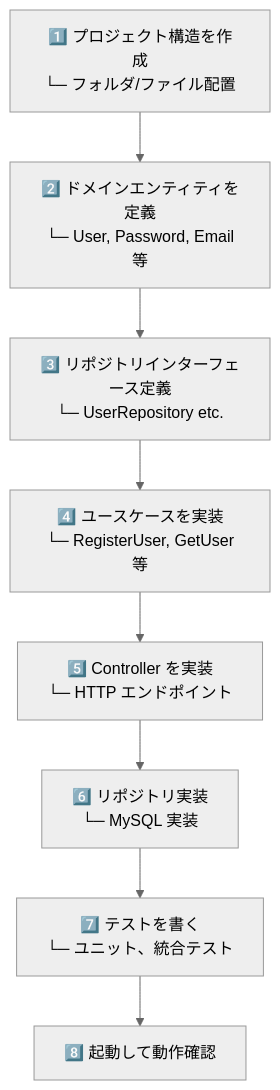
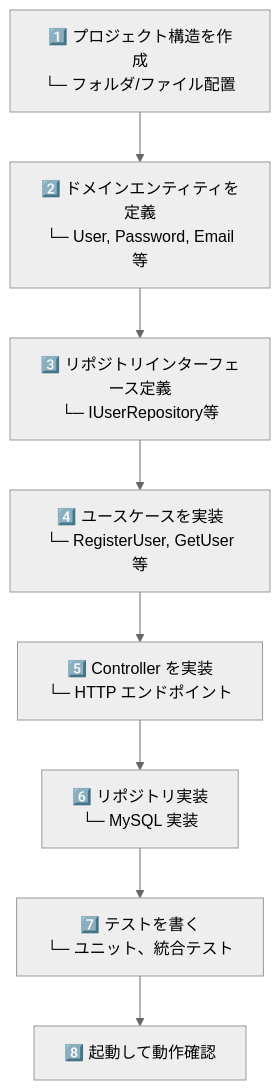
Before and after one commit to duwenji/clean-architecture: the third of 3 diagrams in docs/05-implementation-guide/README.md, drawn with Mermaid (neutral theme). The commit also changed other lines of this file and 3 other files, not shown here.

````diff
--- a/docs/05-implementation-guide/README.md
+++ b/docs/05-implementation-guide/README.md
@@ -121,10 +121,10 @@
 ```mermaid
 flowchart TD
     A["1️⃣ プロジェクト構造を作成<br/>└─ フォルダ/ファイル配置"] --> B["2️⃣ ドメインエンティティを定義<br/>└─ User, Password, Email等"]
-    B --> C["3️⃣ リポジトリインターフェース定義<br/>└─ UserRepository etc."]
+    B --> C["3️⃣ リポジトリインターフェース定義<br/>└─ IUserRepository等"]
     C --> D["4️⃣ ユースケースを実装<br/>└─ RegisterUser, GetUser等"]
     D --> E["5️⃣ Controller を実装<br/>└─ HTTP エンドポイント"]
     E --> F["6️⃣ リポジトリ実装<br/>└─ MySQL 実装"]
     F --> G["7️⃣ テストを書く<br/>└─ ユニット、統合テスト"]
     G --> H["8️⃣ 起動して動作確認"]
 ```
````
